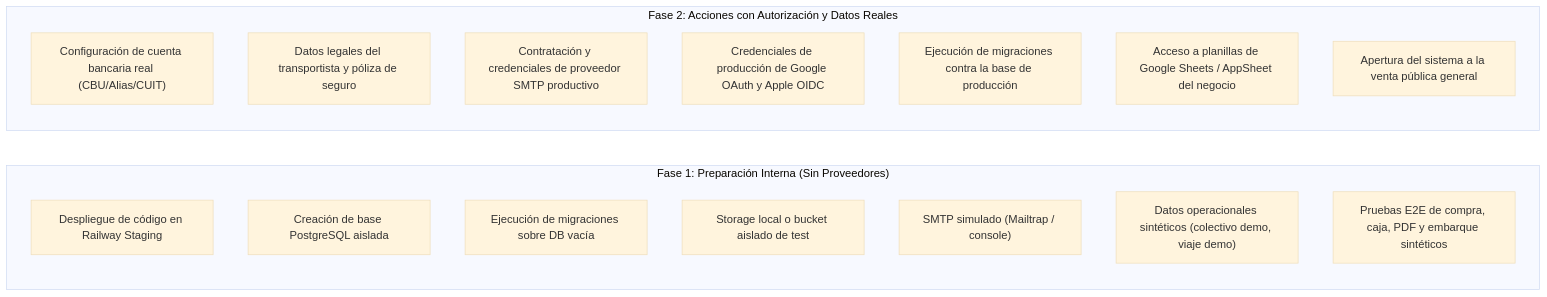
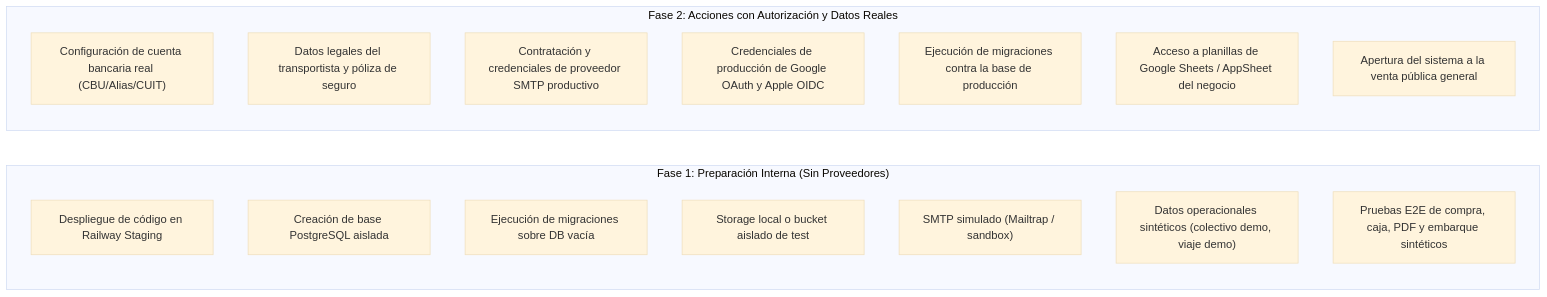
The second of 2 diagrams in docs/PLAN_STAGING_Y_DATOS_SANDRO.md (Joel010999/sc-calderon), drawn with Mermaid (base theme) before and after one commit. The commit also changed other lines of this file, not shown here.

````diff
--- a/docs/PLAN_STAGING_Y_DATOS_SANDRO.md
+++ b/docs/PLAN_STAGING_Y_DATOS_SANDRO.md
@@ -415,23 +484,23 @@
 ```mermaid
 flowchart LR
     subgraph Fase1["Fase 1: Preparación Interna (Sin Proveedores)"]
         direction TB
         F1A["Despliegue de código en Railway Staging"]
         F1B["Creación de base PostgreSQL aislada"]
         F1C["Ejecución de migraciones sobre DB vacía"]
         F1D["Storage local o bucket aislado de test"]
-        F1E["SMTP simulado (Mailtrap / console)"]
+        F1E["SMTP simulado (Mailtrap / sandbox)"]
         F1F["Datos operacionales sintéticos (colectivo demo, viaje demo)"]
         F1G["Pruebas E2E de compra, caja, PDF y embarque sintéticos"]
     end
     subgraph Fase2["Fase 2: Acciones con Autorización y Datos Reales"]
         direction TB
         F2A["Configuración de cuenta bancaria real (CBU/Alias/CUIT)"]
         F2B["Datos legales del transportista y póliza de seguro"]
         F2C["Contratación y credenciales de proveedor SMTP productivo"]
         F2D["Credenciales de producción de Google OAuth y Apple OIDC"]
         F2E["Ejecución de migraciones contra la base de producción"]
         F2F["Acceso a planillas de Google Sheets / AppSheet del negocio"]
         F2G["Apertura del sistema a la venta pública general"]
     end
 ```
````
